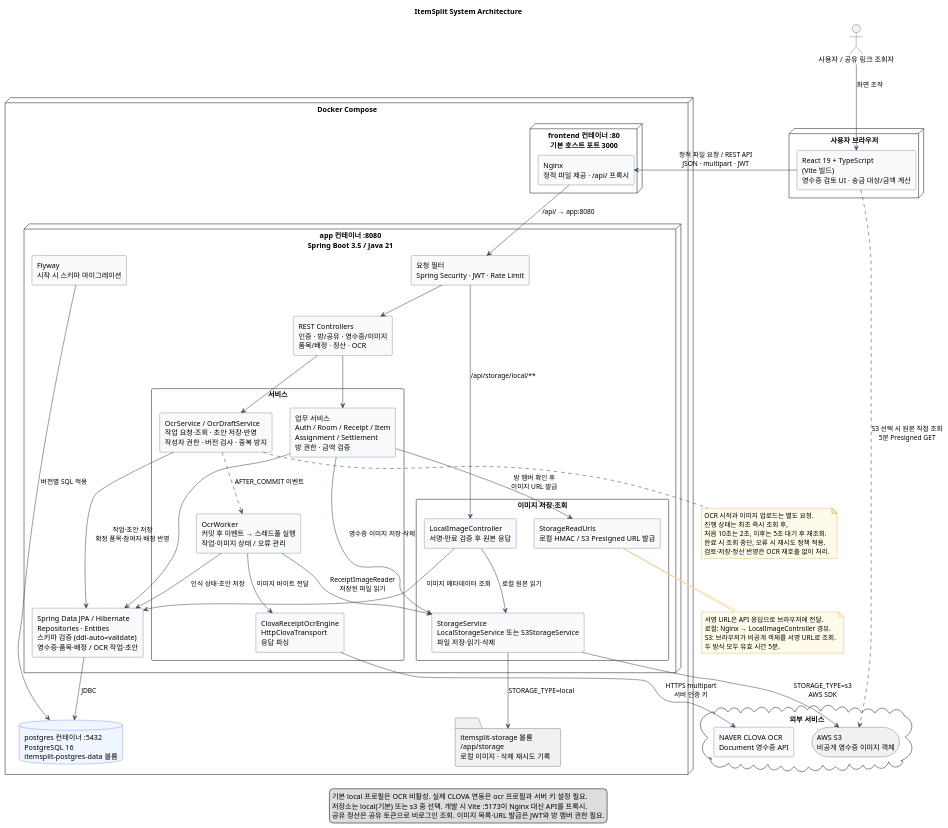
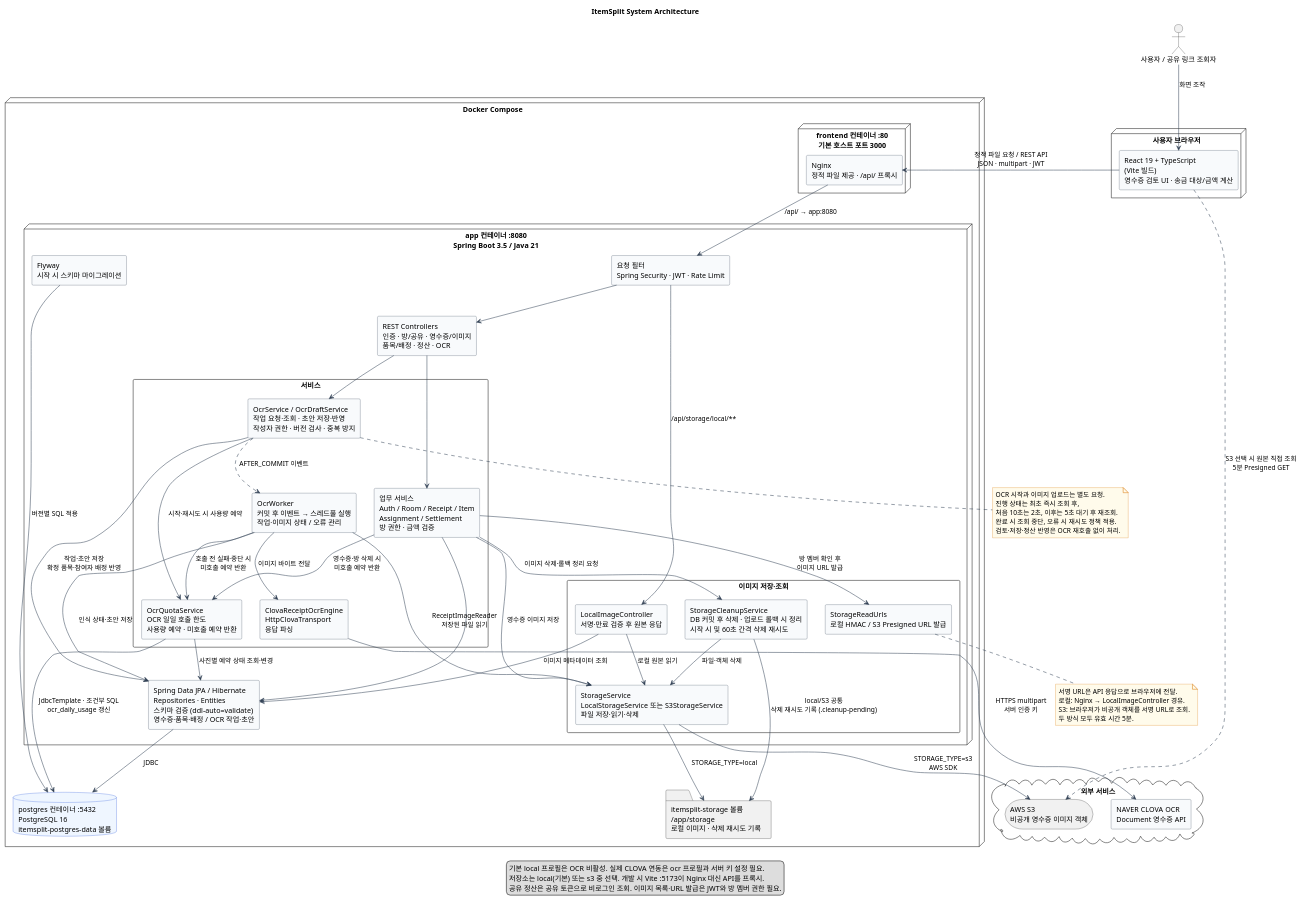
The diagram in docs/system-architecture.puml (Konkuk-Univ-Capstone-Project/ItemSplit), drawn with PlantUML before and after one commit. The commit also changed 2 other files, not shown here.

Commit message:
docs: OCR 처리와 이미지 저장 설계 문서 정정

```diff
--- a/docs/system-architecture.puml
+++ b/docs/system-architecture.puml
@@ -1,110 +1,120 @@
 @startuml ItemSplitSystemArchitecture
 top to bottom direction
 title ItemSplit System Architecture
 
 skinparam shadowing false
 skinparam componentStyle rectangle
 skinparam packageStyle rectangle
 skinparam ArrowColor #334155
 skinparam component {
   BackgroundColor #F8FAFC
   BorderColor #334155
 }
 skinparam database {
   BackgroundColor #EFF6FF
   BorderColor #1D4ED8
 }
 skinparam note {
   BackgroundColor #FFFBEB
   BorderColor #D97706
 }
 
 actor "사용자 / 공유 링크 조회자" as User
 
 node "사용자 브라우저" as Browser {
   component "React 19 + TypeScript\n(Vite 빌드)\n영수증 검토 UI · 송금 대상/금액 계산" as Frontend
 }
 
 node "Docker Compose" as Compose {
   node "frontend 컨테이너 :80\n기본 호스트 포트 3000" {
     component "Nginx\n정적 파일 제공 · /api/ 프록시" as Nginx
   }
 
   node "app 컨테이너 :8080\nSpring Boot 3.5 / Java 21" as Backend {
     component "요청 필터\nSpring Security · JWT · Rate Limit" as Security
     component "REST Controllers\n인증 · 방/공유 · 영수증/이미지\n품목/배정 · 정산 · OCR" as Controllers
 
     package "서비스" {
       component "업무 서비스\nAuth / Room / Receipt / Item\nAssignment / Settlement\n방 권한 · 금액 검증" as Core
       component "OcrService / OcrDraftService\n작업 요청·조회 · 초안 저장·반영\n작성자 권한 · 버전 검사 · 중복 방지" as Ocr
+      component "OcrQuotaService\nOCR 일일 호출 한도\n사용량 예약 · 미호출 예약 반환" as Quota
       component "OcrWorker\n커밋 후 이벤트 → 스레드풀 실행\n작업·이미지 상태 / 오류 관리" as Worker
       component "ClovaReceiptOcrEngine\nHttpClovaTransport\n응답 파싱" as Engine
     }
 
     package "이미지 저장·조회" {
       component "StorageService\nLocalStorageService 또는 S3StorageService\n파일 저장·읽기·삭제" as Storage
+      component "StorageCleanupService\nDB 커밋 후 삭제 · 업로드 롤백 시 정리\n시작 시 및 60초 간격 삭제 재시도" as Cleanup
       component "StorageReadUrls\n로컬 HMAC / S3 Presigned URL 발급" as ReadUrls
       component "LocalImageController\n서명·만료 검증 후 원본 응답" as LocalImage
     }
 
     component "Spring Data JPA / Hibernate\nRepositories · Entities\n스키마 검증 (ddl-auto=validate)\n영수증·품목·배정 / OCR 작업·초안" as Persistence
     component "Flyway\n시작 시 스키마 마이그레이션" as Flyway
   }
 
   database "postgres 컨테이너 :5432\nPostgreSQL 16\nitemsplit-postgres-data 볼륨" as PostgreSQL
   folder "itemsplit-storage 볼륨\n/app/storage\n로컬 이미지 · 삭제 재시도 기록" as LocalStorage
 }
 
 cloud "외부 서비스" {
   component "NAVER CLOVA OCR\nDocument 영수증 API" as Clova
   storage "AWS S3\n비공개 영수증 이미지 객체" as S3
 }
 
 User --> Frontend : 화면 조작
 Frontend -left-> Nginx : 정적 파일 요청 / REST API\nJSON · multipart · JWT
 Nginx --> Security : /api/ → app:8080
 Security --> Controllers
 Security --> LocalImage : /api/storage/local/**
 Controllers --> Core
 Controllers --> Ocr
 
 Core --> Persistence
-Core --> Storage : 영수증 이미지 저장·삭제
+Core --> Storage : 영수증 이미지 저장
+Core --> Cleanup : 이미지 삭제·롤백 정리 요청
+Core --> Quota : 영수증·방 삭제 시\n미호출 예약 반환
 Core --> ReadUrls : 방 멤버 확인 후\n이미지 URL 발급
 Ocr --> Persistence : 작업·초안 저장\n확정 품목·참여자 배정 반영
 Ocr ..> Worker : AFTER_COMMIT 이벤트
+Ocr --> Quota : 시작·재시도 시 사용량 예약
+Worker --> Quota : 호출 전 실패·중단 시\n미호출 예약 반환
 Worker --> Persistence : 인식 상태·초안 저장
 Worker --> Storage : ReceiptImageReader\n저장된 파일 읽기
 Worker --> Engine : 이미지 바이트 전달
 Engine --> Clova : HTTPS multipart\n서버 인증 키
 
 Persistence --> PostgreSQL : JDBC
+Quota --> Persistence : 사진별 예약 상태 조회·변경
+Quota --> PostgreSQL : JdbcTemplate · 조건부 SQL\nocr_daily_usage 갱신
 Flyway --> PostgreSQL : 버전별 SQL 적용
+Cleanup --> Storage : 파일·객체 삭제
+Cleanup --> LocalStorage : local/S3 공통\n삭제 재시도 기록 (.cleanup-pending)
 Storage --> LocalStorage : STORAGE_TYPE=local
 Storage --> S3 : STORAGE_TYPE=s3\nAWS SDK
 LocalImage --> Storage : 로컬 원본 읽기
 LocalImage --> Persistence : 이미지 메타데이터 조회
 Frontend ..> S3 : S3 선택 시 원본 직접 조회\n5분 Presigned GET
 
 note bottom of ReadUrls
   서명 URL은 API 응답으로 브라우저에 전달.
   로컬: Nginx → LocalImageController 경유.
   S3: 브라우저가 비공개 객체를 서명 URL로 조회.
   두 방식 모두 유효 시간 5분.
 end note
 
 note bottom of Ocr
   OCR 시작과 이미지 업로드는 별도 요청.
   진행 상태는 최초 즉시 조회 후,
   처음 10초는 2초, 이후는 5초 대기 후 재조회.
   완료 시 조회 중단, 오류 시 재시도 정책 적용.
   검토·저장·정산 반영은 OCR 재호출 없이 처리.
 end note
 
 legend bottom
   기본 local 프로필은 OCR 비활성. 실제 CLOVA 연동은 ocr 프로필과 서버 키 설정 필요.
   저장소는 local(기본) 또는 s3 중 선택. 개발 시 Vite :5173이 Nginx 대신 API를 프록시.
   공유 정산은 공유 토큰으로 비로그인 조회. 이미지 목록·URL 발급은 JWT와 방 멤버 권한 필요.
 endlegend
 
 @enduml
```
